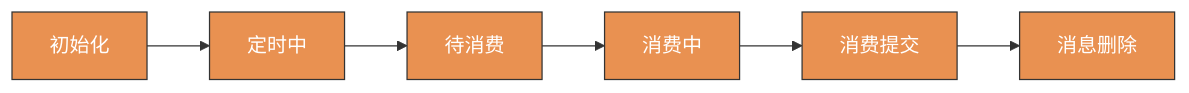
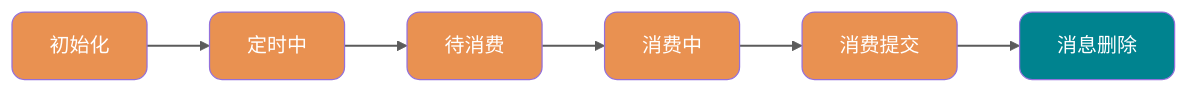
One commit to Snailclimb/JavaGuide changed the tenth of 13 diagrams in docs/high-performance/message-queue/rocketmq-questions.md. Above: the diagram before and after it, drawn with Mermaid. The commit also changed other lines of this file and 7 other files, not shown here.

Commit message:
docs：mermaid 配图样式优化

````diff
--- a/docs/high-performance/message-queue/rocketmq-questions.md
+++ b/docs/high-performance/message-queue/rocketmq-questions.md
@@ -623,10 +675,12 @@
 ```mermaid
   flowchart LR
       T1["初始化"] --> T2["定时中"] --> T3["待消费"] --> T4["消费中"] --> T5["消费提交"] --> T6["消息删除"]
 
-      classDef default fill:#E99151,stroke:#333,color:#fff
-      class T6 fill:#00838F,stroke:#333,color:#fff
+      classDef default fill:#E99151,color:#fff,rx:10,ry:10
+      classDef final fill:#00838F,color:#fff,rx:10,ry:10
 
       class T1,T2,T3,T4,T5 default
       class T6 final
+
+      linkStyle default stroke-width:1.5px,opacity:0.8
 ```
````
